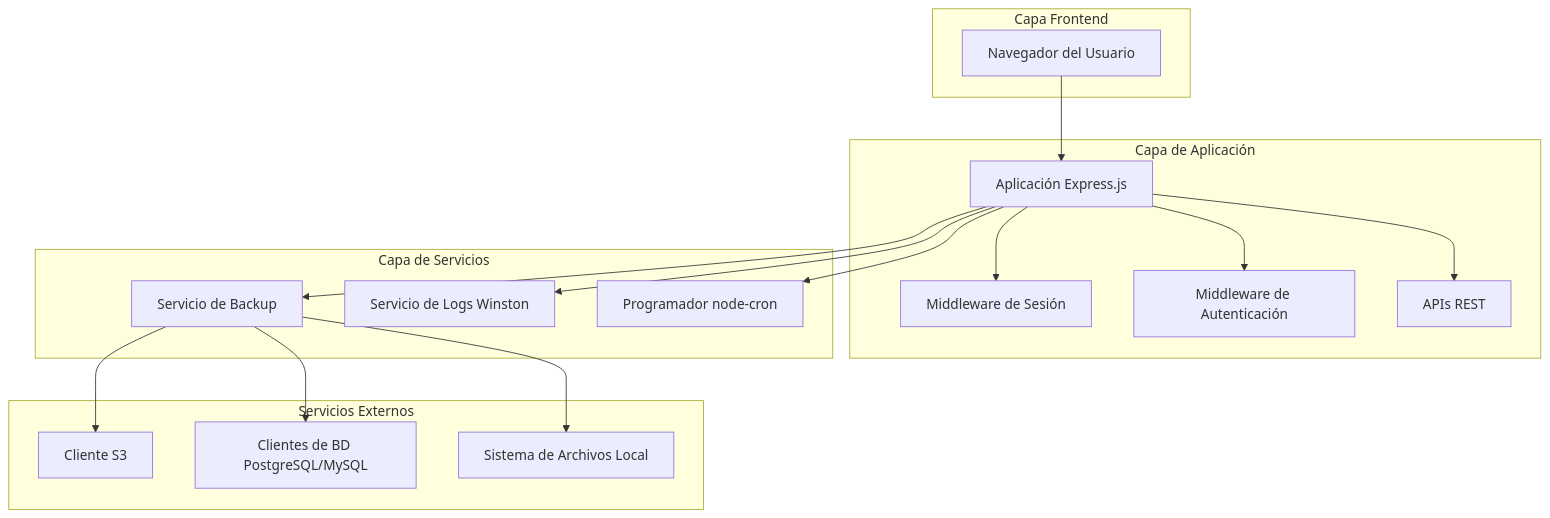
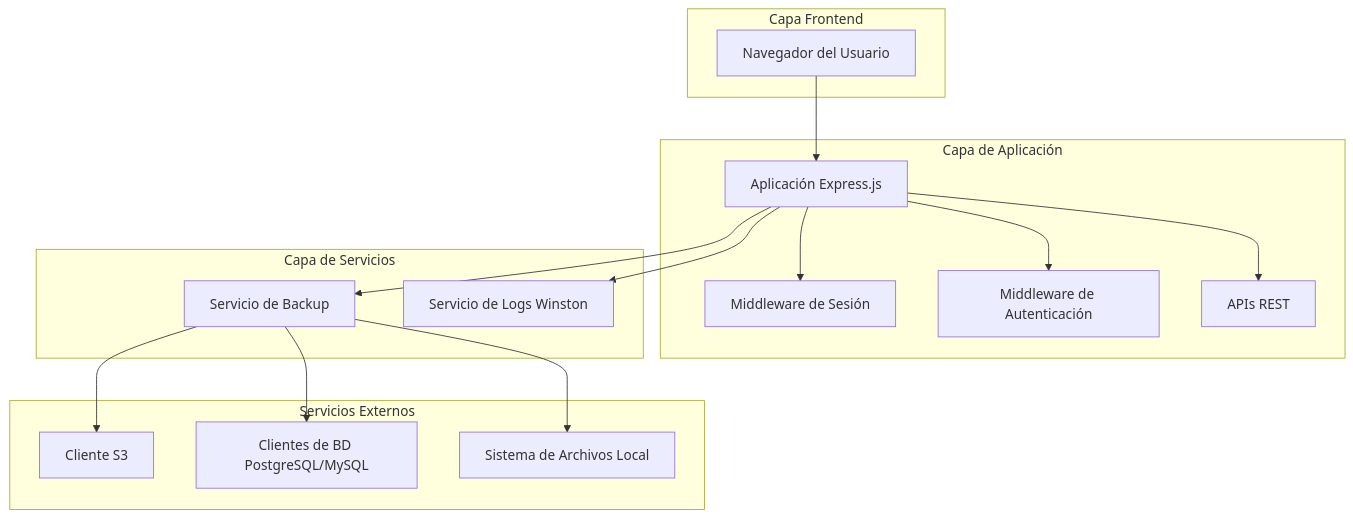
Before and after one commit to agc-desarrollo/backup_s3: the first of 3 diagrams in .trae/documents/technical_architecture.md, drawn with Mermaid. The commit also changed other lines of this file and 11 other files, not shown here.

````diff
--- a/.trae/documents/technical_architecture.md
+++ b/.trae/documents/technical_architecture.md
@@ -5,36 +5,34 @@
 ```mermaid
 graph TD
     A[Navegador del Usuario] --> B[Aplicación Express.js]
     B --> C[Middleware de Sesión]
     B --> D[Middleware de Autenticación]
     B --> E[APIs REST]
     B --> F[Servicio de Backup]
     F --> G[Cliente S3]
     F --> H[Clientes de BD PostgreSQL/MySQL]
     F --> I[Sistema de Archivos Local]
     B --> J[Servicio de Logs Winston]
-    B --> K[Programador node-cron]
     
     subgraph "Capa Frontend"
         A
     end
     
     subgraph "Capa de Aplicación"
         B
         C
         D
         E
     end
     
     subgraph "Capa de Servicios"
         F
         J
-        K
     end
     
     subgraph "Servicios Externos"
         G
         H
         I
     end
 ```
````
